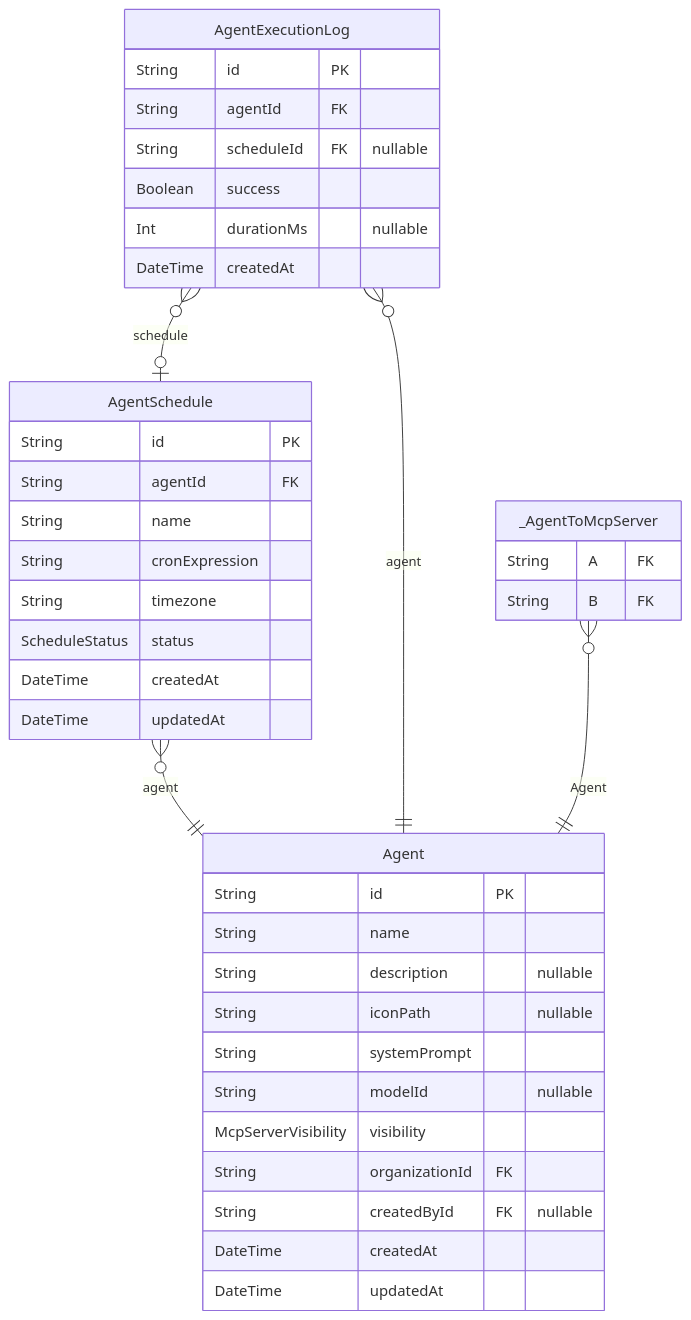
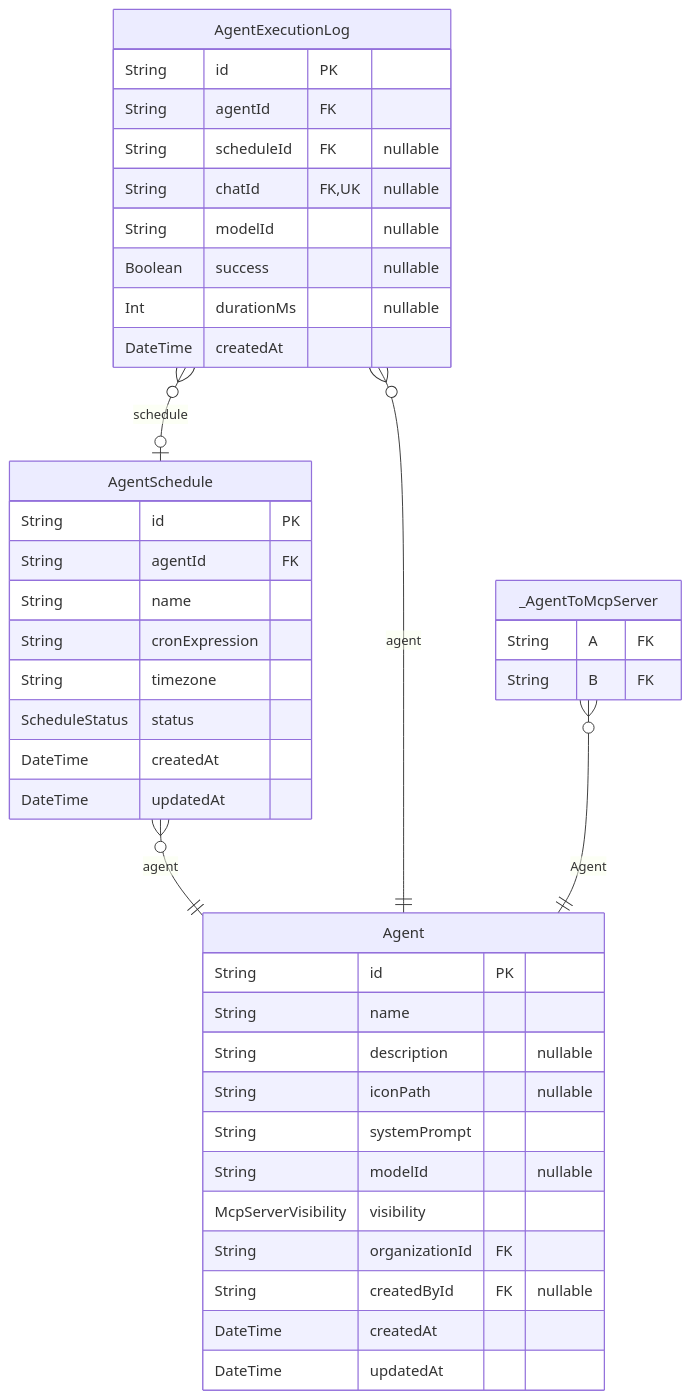
The first of 10 diagrams in packages/db/prisma/README.md (rayven122/tumiki), drawn with Mermaid before and after one commit. The commit also changed other lines of this file and 13 other files, not shown here.

````diff
--- a/packages/db/prisma/README.md
+++ b/packages/db/prisma/README.md
@@ -16,42 +16,44 @@
 ```mermaid
 erDiagram
 "Agent" {
   String id PK
   String name
   String description "nullable"
   String iconPath "nullable"
   String systemPrompt
   String modelId "nullable"
   McpServerVisibility visibility
   String organizationId FK
   String createdById FK "nullable"
   DateTime createdAt
   DateTime updatedAt
 }
 "AgentSchedule" {
   String id PK
   String agentId FK
   String name
   String cronExpression
   String timezone
   ScheduleStatus status
   DateTime createdAt
   DateTime updatedAt
 }
 "AgentExecutionLog" {
   String id PK
   String agentId FK
   String scheduleId FK "nullable"
-  Boolean success
+  String chatId FK,UK "nullable"
+  String modelId "nullable"
+  Boolean success "nullable"
   Int durationMs "nullable"
   DateTime createdAt
 }
 "_AgentToMcpServer" {
   String A FK
   String B FK
 }
 "AgentSchedule" }o--|| "Agent" : agent
 "AgentExecutionLog" }o--|| "Agent" : agent
 "AgentExecutionLog" }o--o| "AgentSchedule" : schedule
 "_AgentToMcpServer" }o--|| "Agent" : Agent
 ```
````
